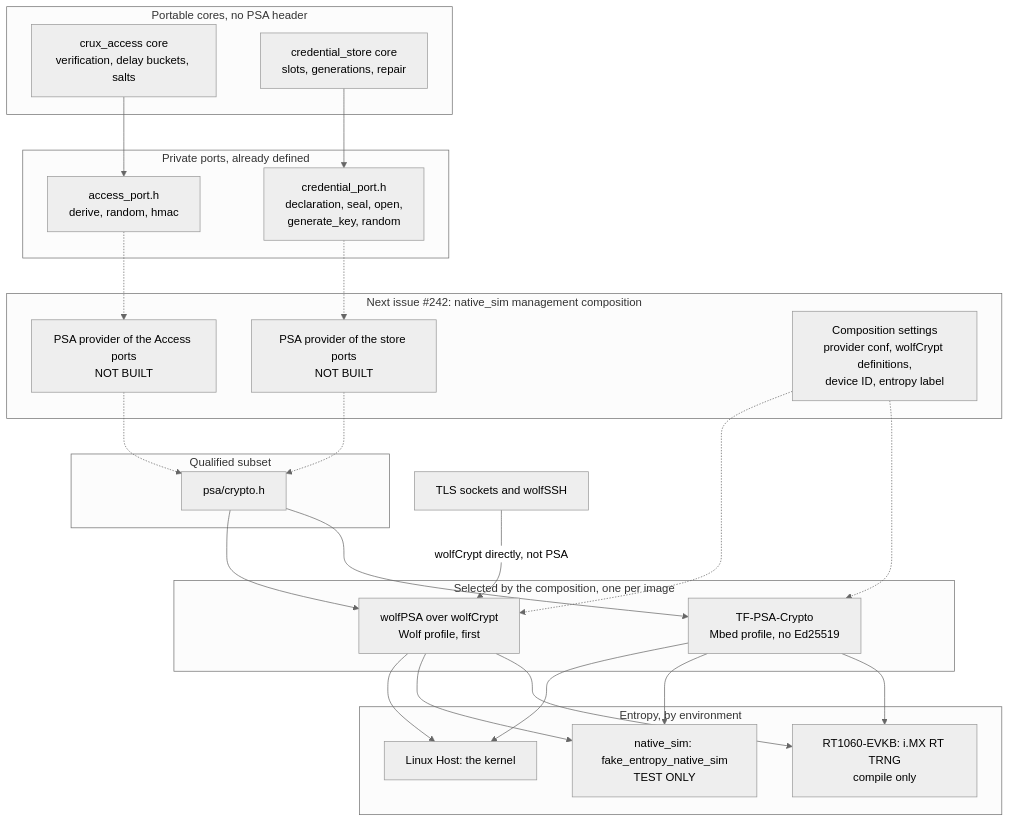
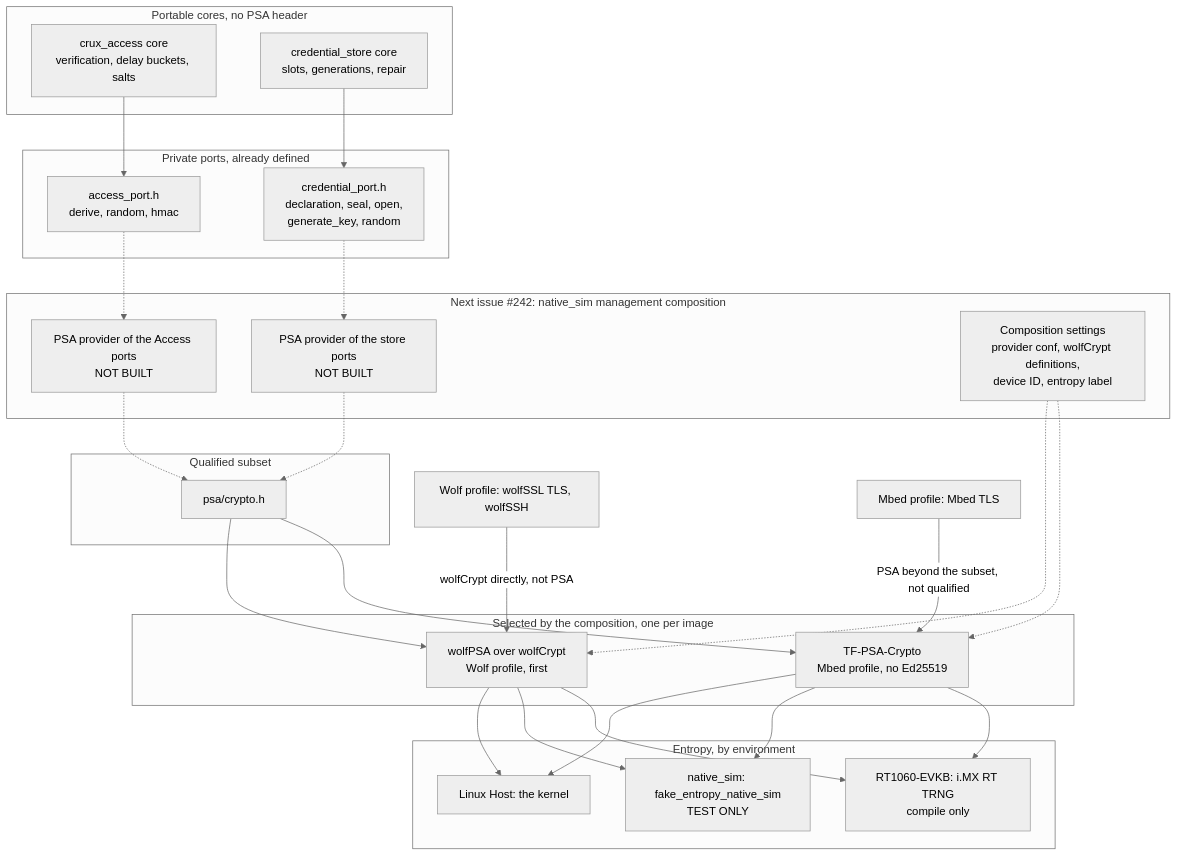
One commit to wonny-labs/crux-pilot changed the diagram in docs/psa-crypto-design.md. Above: the diagram before and after it, drawn with Mermaid (neutral theme). The commit also changed other lines of this file and 11 other files, not shown here.

````diff
--- a/docs/psa-crypto-design.md
+++ b/docs/psa-crypto-design.md
@@ -29,46 +30,48 @@
 ```mermaid
 flowchart TB
     subgraph consumers["Portable cores, no PSA header"]
         access["crux_access core<br/>verification, delay buckets, salts"]
         store["credential_store core<br/>slots, generations, repair"]
     end
     subgraph ports["Private ports, already defined"]
         accessPort["access_port.h<br/>derive, random, hmac"]
         storePort["credential_port.h<br/>declaration, seal, open,<br/>generate_key, random"]
     end
     subgraph next["Next issue #242: native_sim management composition"]
         accessPsa["PSA provider of the Access ports<br/>NOT BUILT"]
         storePsa["PSA provider of the store ports<br/>NOT BUILT"]
         compose["Composition settings<br/>provider conf, wolfCrypt definitions,<br/>device ID, entropy label"]
     end
     subgraph api["Qualified subset"]
         psa["psa/crypto.h"]
     end
     subgraph providers["Selected by the composition, one per image"]
         wolf["wolfPSA over wolfCrypt<br/>Wolf profile, first"]
         tf["TF-PSA-Crypto<br/>Mbed profile, no Ed25519"]
     end
     subgraph entropy["Entropy, by environment"]
         host["Linux Host: the kernel"]
         sim["native_sim: fake_entropy_native_sim<br/>TEST ONLY"]
         trng["RT1060-EVKB: i.MX RT TRNG<br/>compile only"]
     end
-    tls["TLS sockets and wolfSSH"]
+    wolfTls["Wolf profile: wolfSSL TLS, wolfSSH"]
+    mbedTls["Mbed profile: Mbed TLS"]
     access --> accessPort
     store --> storePort
     accessPort -.-> accessPsa
     storePort -.-> storePsa
     accessPsa -.-> psa
     storePsa -.-> psa
     compose -.-> wolf
     compose -.-> tf
     psa --> wolf
     psa --> tf
-    tls -->|"wolfCrypt directly, not PSA"| wolf
+    wolfTls -->|"wolfCrypt directly, not PSA"| wolf
+    mbedTls -->|"PSA beyond the subset, not qualified"| tf
     wolf --> host
     wolf --> sim
     wolf --> trng
     tf --> host
     tf --> sim
     tf --> trng
 ```
````
